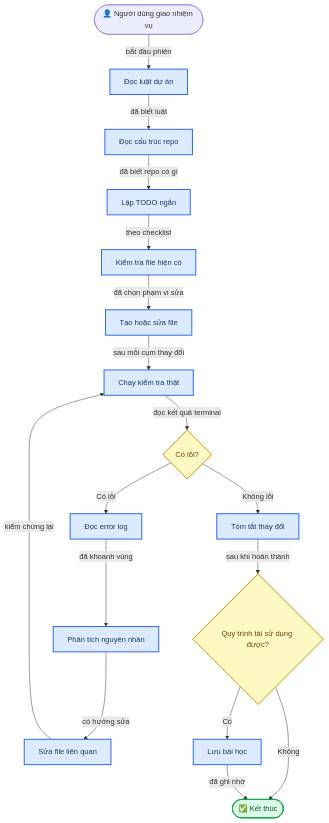
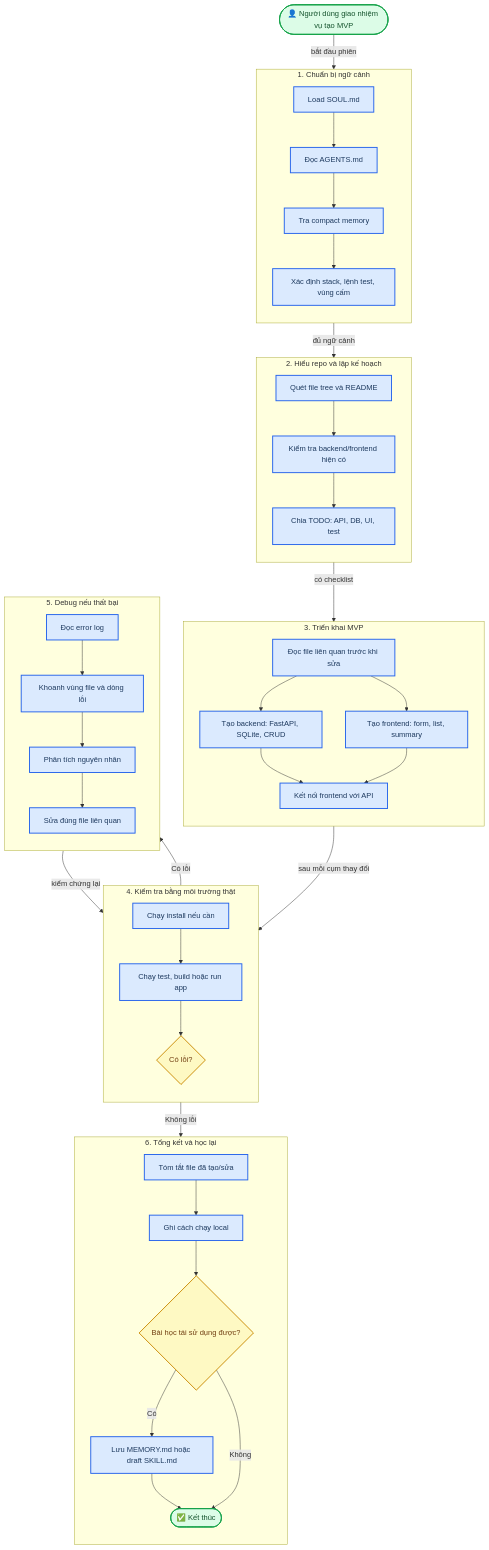
The eighth of 9 diagrams in README.md (lamvu-ha/Hermes_From-theory-to-practice), drawn with Mermaid before and after one commit. The commit also changed other lines of this file, not shown here.

Commit message:
Restructure MVP workflow into staged subflows

````diff
--- a/README.md
+++ b/README.md
@@ -551,30 +551,81 @@
 ```mermaid
 flowchart TD
     accTitle: Hermes Coding Workflow
-    accDescr: Flow showing how Hermes reads project rules, inspects the repo, edits files, runs tests or builds, fixes errors, and saves reusable learning when appropriate
+    accDescr: Flow showing large workflow stages and the smaller execution steps inside each stage
 
-    task([👤 Người dùng giao nhiệm vụ]) -->|bắt đầu phiên| read_rules[Đọc luật dự án]
-    read_rules -->|đã biết luật| inspect_repo[Đọc cấu trúc repo]
-    inspect_repo -->|đã biết repo có gì| todo[Lập TODO ngắn]
-    todo -->|theo checklist| inspect_existing[Kiểm tra file hiện có]
-    inspect_existing -->|đã chọn phạm vi sửa| edit_files[Tạo hoặc sửa file]
-    edit_files -->|sau mỗi cụm thay đổi| run_checks[Chạy kiểm tra thật]
-    run_checks -->|đọc kết quả terminal| has_error{Có lỗi?}
-    has_error -->|Có lỗi| read_error[Đọc error log]
-    read_error -->|đã khoanh vùng| diagnose[Phân tích nguyên nhân]
-    diagnose -->|có hướng sửa| patch_file[Sửa file liên quan]
-    patch_file -->|kiểm chứng lại| run_checks
-    has_error -->|Không lỗi| summarize[Tóm tắt thay đổi]
-    summarize -->|sau khi hoàn thành| reusable{Quy trình tái sử dụng được?}
-    reusable -->|Có| save_learning[Lưu bài học]
-    reusable -->|Không| finish([✅ Kết thúc])
-    save_learning -->|đã ghi nhớ| finish
+    task([👤 Người dùng giao nhiệm vụ tạo MVP])
+
+    subgraph context["1. Chuẩn bị ngữ cảnh"]
+        direction TB
+        c1[Load SOUL.md]
+        c2[Đọc AGENTS.md]
+        c3[Tra compact memory]
+        c4[Xác định stack, lệnh test, vùng cấm]
+        c1 --> c2 --> c3 --> c4
+    end
+
+    subgraph repo["2. Hiểu repo và lập kế hoạch"]
+        direction TB
+        r1[Quét file tree và README]
+        r2[Kiểm tra backend/frontend hiện có]
+        r3[Chia TODO: API, DB, UI, test]
+        r1 --> r2 --> r3
+    end
+
+    subgraph build["3. Triển khai MVP"]
+        direction TB
+        b1[Đọc file liên quan trước khi sửa]
+        b2[Tạo backend: FastAPI, SQLite, CRUD]
+        b3[Tạo frontend: form, list, summary]
+        b4[Kết nối frontend với API]
+        b1 --> b2 --> b4
+        b1 --> b3 --> b4
+    end
+
+    subgraph verify["4. Kiểm tra bằng môi trường thật"]
+        direction TB
+        v1[Chạy install nếu cần]
+        v2[Chạy test, build hoặc run app]
+        v3{Có lỗi?}
+        v1 --> v2 --> v3
+    end
+
+    subgraph debug["5. Debug nếu thất bại"]
+        direction TB
+        d1[Đọc error log]
+        d2[Khoanh vùng file và dòng lỗi]
+        d3[Phân tích nguyên nhân]
+        d4[Sửa đúng file liên quan]
+        d1 --> d2 --> d3 --> d4
+    end
+
+    subgraph learn["6. Tổng kết và học lại"]
+        direction TB
+        l1[Tóm tắt file đã tạo/sửa]
+        l2[Ghi cách chạy local]
+        l3{Bài học tái sử dụng được?}
+        l4[Lưu MEMORY.md hoặc draft SKILL.md]
+        l5([✅ Kết thúc])
+        l1 --> l2 --> l3
+        l3 -->|Có| l4
+        l4 --> l5
+        l3 -->|Không| l5
+    end
+
+    task -->|bắt đầu phiên| c1
+    c4 -->|đủ ngữ cảnh| r1
+    r3 -->|có checklist| b1
+    b4 -->|sau mỗi cụm thay đổi| v1
+    v3 -->|Có lỗi| d1
+    d4 -->|kiểm chứng lại| v2
+    v3 -->|Không lỗi| l1
 
     classDef decision fill:#fef9c3,stroke:#ca8a04,stroke-width:2px,color:#713f12
     classDef process fill:#dbeafe,stroke:#2563eb,stroke-width:2px,color:#1e3a5f
     classDef success fill:#dcfce7,stroke:#16a34a,stroke-width:2px,color:#14532d
+    classDef stage fill:#f8fafc,stroke:#64748b,stroke-width:2px,color:#0f172a
 
-    class has_error,reusable decision
-    class read_rules,inspect_repo,todo,inspect_existing,edit_files,run_checks,read_error,diagnose,patch_file,summarize,save_learning process
-    class finish success
+    class v3,l3 decision
+    class c1,c2,c3,c4,r1,r2,r3,b1,b2,b3,b4,v1,v2,d1,d2,d3,d4,l1,l2,l4 process
+    class task,l5 success
 ```
````
